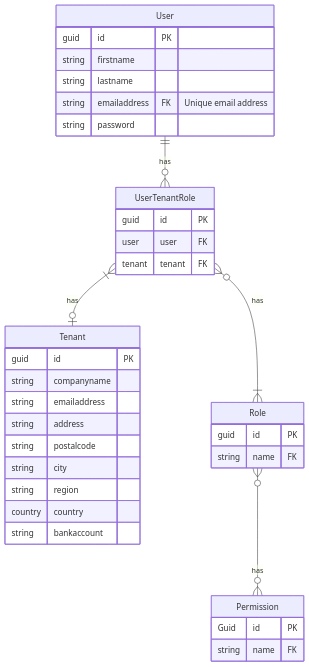
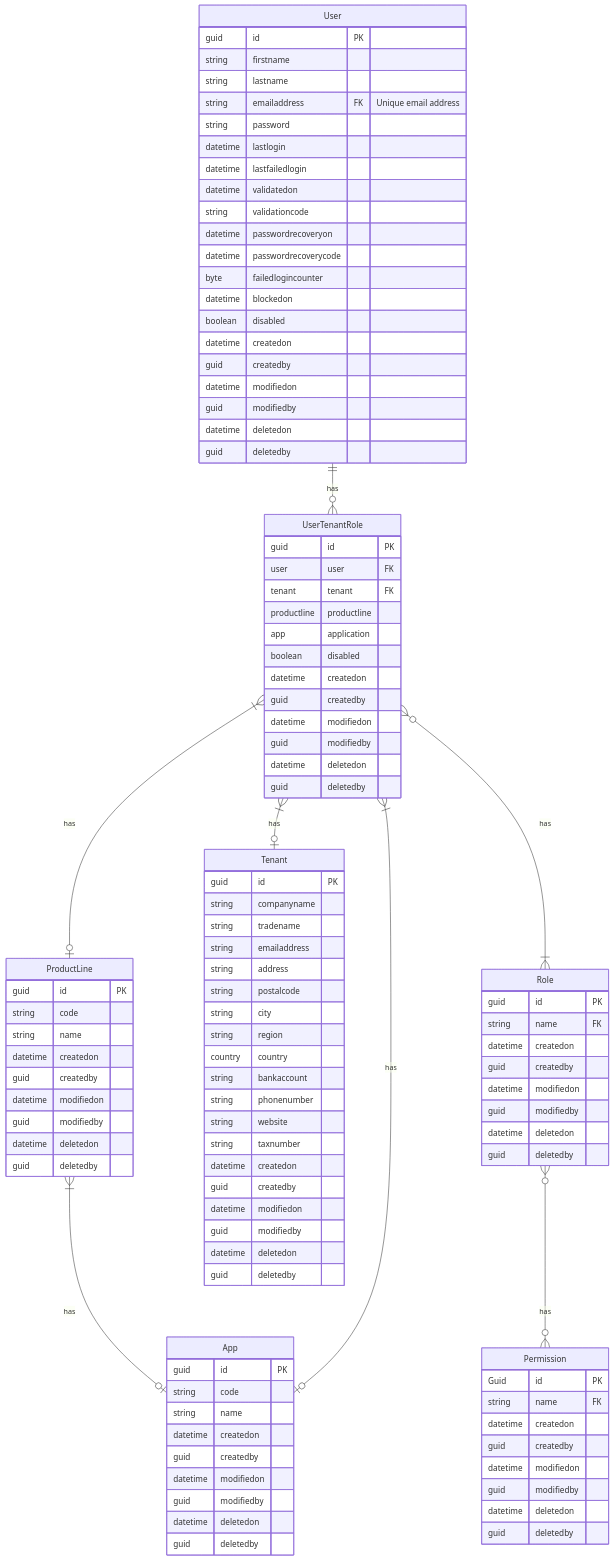
Before and after one commit to compadsoftware/CompadOne-Docs: the diagram in en/development/SAAS/erd.md, drawn with Mermaid. The commit also changed other lines of this file, not shown here.

````diff
--- a/en/development/SAAS/erd.md
+++ b/en/development/SAAS/erd.md
@@ -23,17 +8,67 @@
         string lastname        
         string emailaddress FK "Unique email address"
         string password
+        datetime lastlogin
+        datetime lastfailedlogin
+        datetime validatedon
+        string validationcode
+        datetime passwordrecoveryon
+        datetime passwordrecoverycode
+        byte failedlogincounter
+        datetime blockedon
+        boolean disabled
+        datetime createdon
+        guid createdby
+        datetime modifiedon
+        guid modifiedby
+        datetime deletedon
+        guid deletedby
     }
     User ||--o{ UserTenantRole : has
     UserTenantRole {
         guid id PK 
         user user FK
         tenant tenant FK
+        productline productline
+        app application
+        boolean disabled
+        datetime createdon
+        guid createdby
+        datetime modifiedon
+        guid modifiedby
+        datetime deletedon
+        guid deletedby
     }
+    UserTenantRole }|--o| ProductLine : has
+    ProductLine {
+        guid id PK 
+        string code
+        string name
+        datetime createdon
+        guid createdby
+        datetime modifiedon
+        guid modifiedby
+        datetime deletedon
+        guid deletedby
+    }
+    ProductLine }|--o| App : has
+    App {
+        guid id PK 
+        string code
+        string name
+        datetime createdon
+        guid createdby
+        datetime modifiedon
+        guid modifiedby
+        datetime deletedon
+        guid deletedby
+    }
+    UserTenantRole }|--o| App : has
     UserTenantRole }|--o| Tenant : has
     Tenant {
         guid id PK 
         string companyname
+        string tradename
         string emailaddress
         string address
         string postalcode
@@ -41,16 +76,37 @@
         string region
         country country
         string bankaccount
+        string phonenumber
+        string website
+        string taxnumber
+        datetime createdon
+        guid createdby
+        datetime modifiedon
+        guid modifiedby
+        datetime deletedon
+        guid deletedby
     }
     UserTenantRole }o--|{ Role :has
     Role {
         guid id PK
         string name FK
+        datetime createdon
+        guid createdby
+        datetime modifiedon
+        guid modifiedby
+        datetime deletedon
+        guid deletedby
     }
     Role }o--o{ Permission : has
     Permission {
         Guid id PK
         string name FK
+        datetime createdon
+        guid createdby
+        datetime modifiedon
+        guid modifiedby
+        datetime deletedon
+        guid deletedby
     }
 
 ```
````
